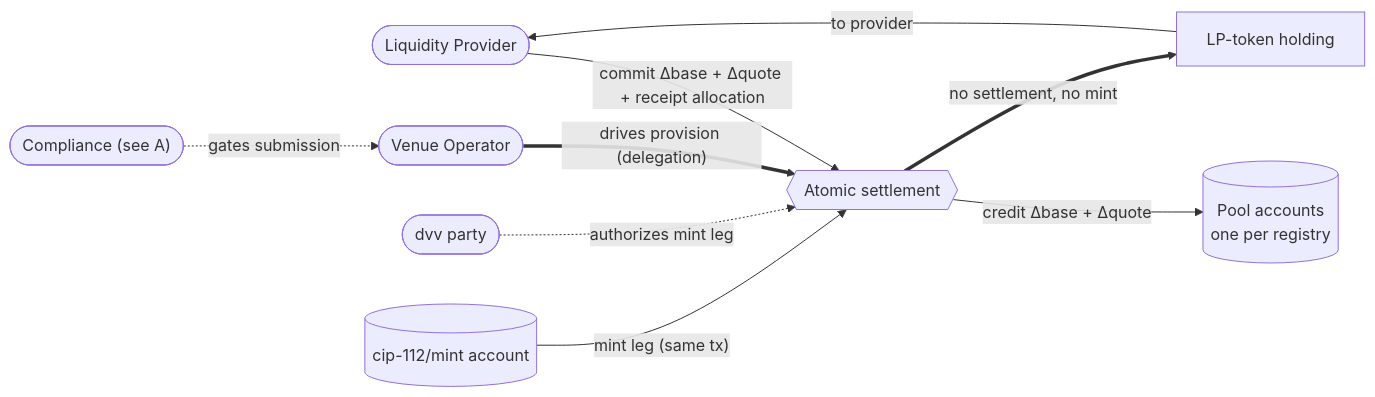
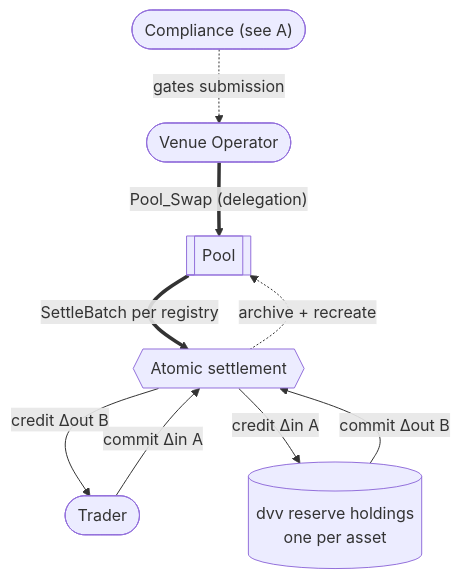
Before and after one commit to OpenZeppelin/canton-specs: the third of 4 diagrams in docs/reference-architectures/dex.md, drawn with Mermaid. The commit also changed other lines of this file, not shown here.

````diff
--- a/docs/reference-architectures/dex.md
+++ b/docs/reference-architectures/dex.md
@@ -407,20 +405,18 @@
 ```mermaid
-flowchart LR
-    LP([Liquidity Provider])
+flowchart TD
     Compliance(["Compliance (see A)"])
     Operator([Venue Operator])
-    Governance([dvv party])
+    Pool[["Pool"]]
     Settle{{Atomic settlement}}
-    PoolAcct[("Pool accounts<br/>one per registry")]
-    Mint[("cip-112/mint account")]
-    LPtok["LP-token holding"]
+    Trader([Trader])
+    PoolAcct[("dvv reserve holdings<br/>one per asset")]
 
     Compliance -.->|"gates submission"| Operator
-    Operator ==>|"drives provision (delegation)"| Settle
-    LP -->|"commit Δbase + Δquote + receipt allocation"| Settle
-    Governance -.->|"authorizes mint leg"| Settle
-    Mint -->|"mint leg (same tx)"| Settle
-    Settle -->|"credit Δbase + Δquote"| PoolAcct
-    Settle ==>|"no settlement, no mint"| LPtok
-    LPtok -->|"to provider"| LP
+    Operator ==>|"Pool_Swap (delegation)"| Pool
+    Pool ==>|"SettleBatch per registry"| Settle
+    Settle -.->|"archive + recreate"| Pool
+    Trader -->|"commit Δin A"| Settle
+    Settle -->|"credit Δout B"| Trader
+    PoolAcct -->|"commit Δout B"| Settle
+    Settle -->|"credit Δin A"| PoolAcct
 ```
````
